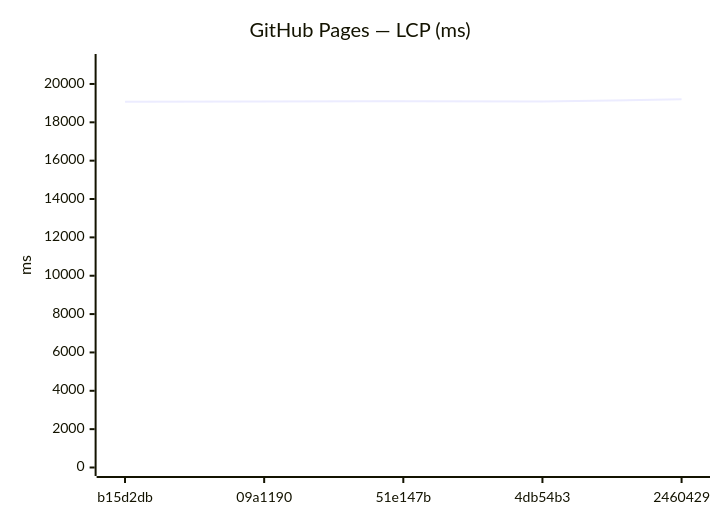
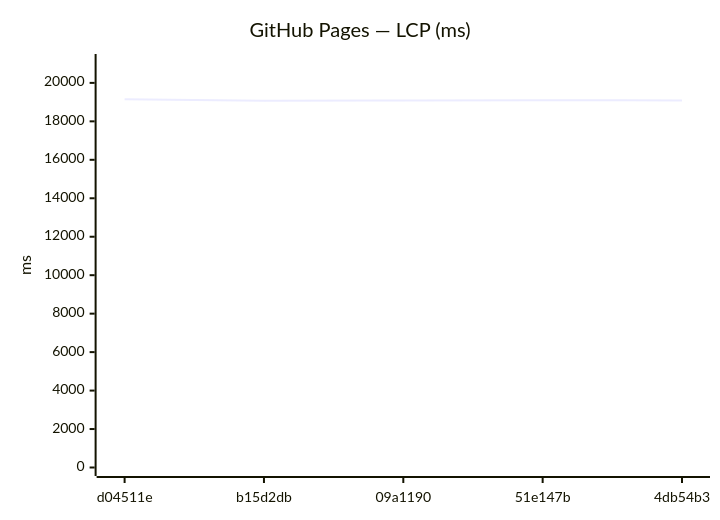
The ninth of 18 diagrams in benchmarks/compare.md (Metaheurist/Rianell), drawn with Mermaid before and after one commit. The commit also changed other lines of this file and 11 other files, not shown here.

````diff
--- a/benchmarks/compare.md
+++ b/benchmarks/compare.md
@@ -142,7 +142,7 @@
 ```mermaid
 xychart-beta
     title "GitHub Pages — LCP (ms)"
-    x-axis ["b15d2db", "09a1190", "51e147b", "4db54b3", "2460429"]
-    y-axis "ms" 0 --> 21119
-    line [19077, 19086, 19101, 19086, 19199]
+    x-axis ["d04511e", "b15d2db", "09a1190", "51e147b", "4db54b3"]
+    y-axis "ms" 0 --> 21060
+    line [19145, 19077, 19086, 19101, 19086]
 ```
````
